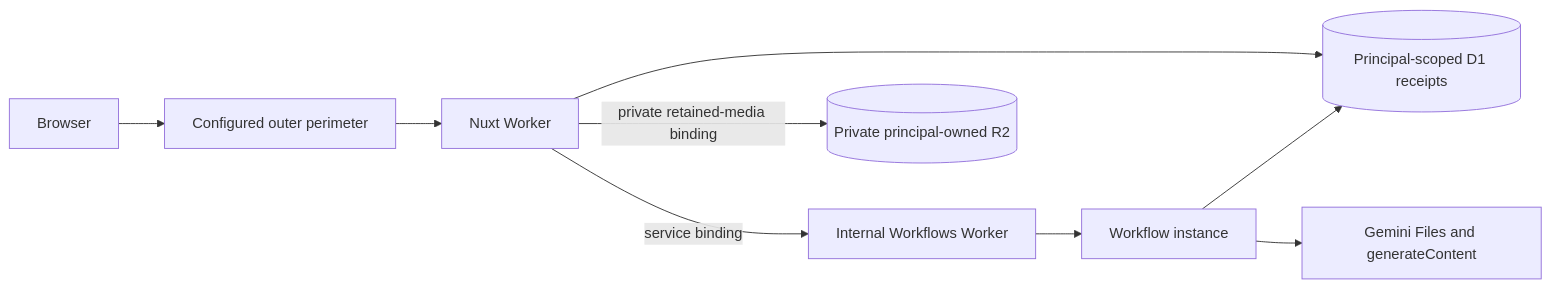
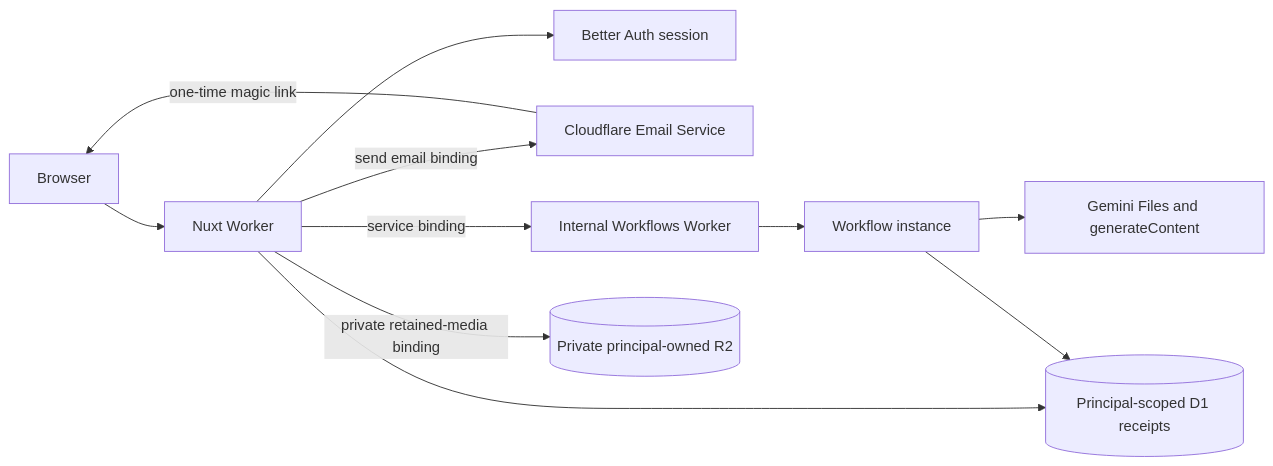
The seventh of 9 diagrams in docs/ARCHITECTURE.md (jchu96/frame-of-mind), drawn with Mermaid before and after one commit. The commit also changed other lines of this file and 15 other files, not shown here.

````diff
--- a/docs/ARCHITECTURE.md
+++ b/docs/ARCHITECTURE.md
@@ -733,18 +736,22 @@
 ```mermaid
 flowchart LR
     Browser[Browser]
-    Access[Configured outer perimeter]
+    Auth[Better Auth session]
+    Email[Cloudflare Email Service]
     Nuxt[Nuxt Worker]
     WorkflowService[Internal Workflows Worker]
     Workflow[Workflow instance]
     Gemini[Gemini Files and generateContent]
     D1[(Principal-scoped D1 receipts)]
     R2[(Private principal-owned R2)]
 
-    Browser --> Access --> Nuxt
+    Browser --> Nuxt
+    Nuxt --> Auth
+    Nuxt -->|send email binding| Email
+    Email -->|one-time magic link| Browser
     Nuxt -->|service binding| WorkflowService --> Workflow
     Nuxt --> D1
     Nuxt -->|private retained-media binding| R2
     Workflow --> D1
     Workflow --> Gemini
 ```
````
